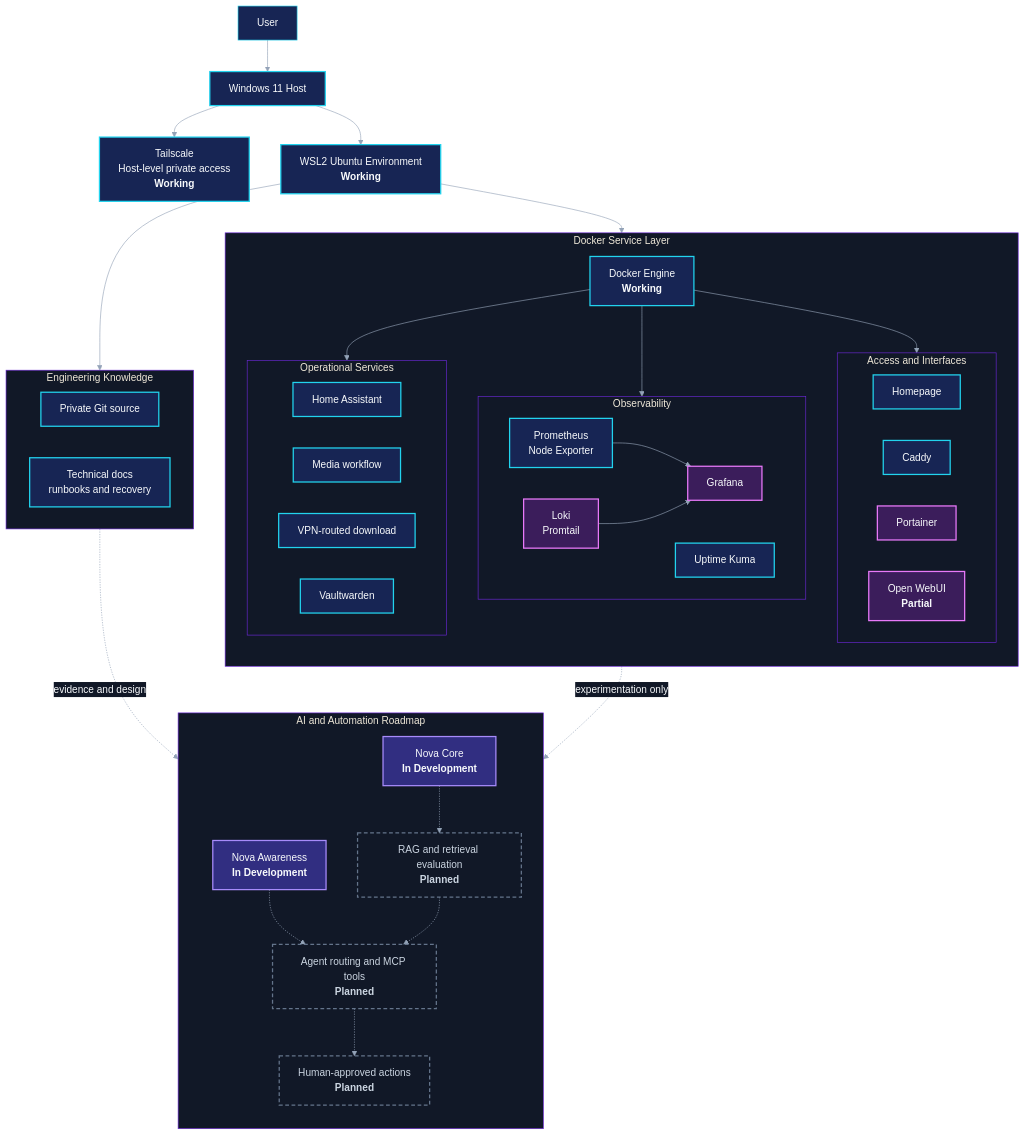
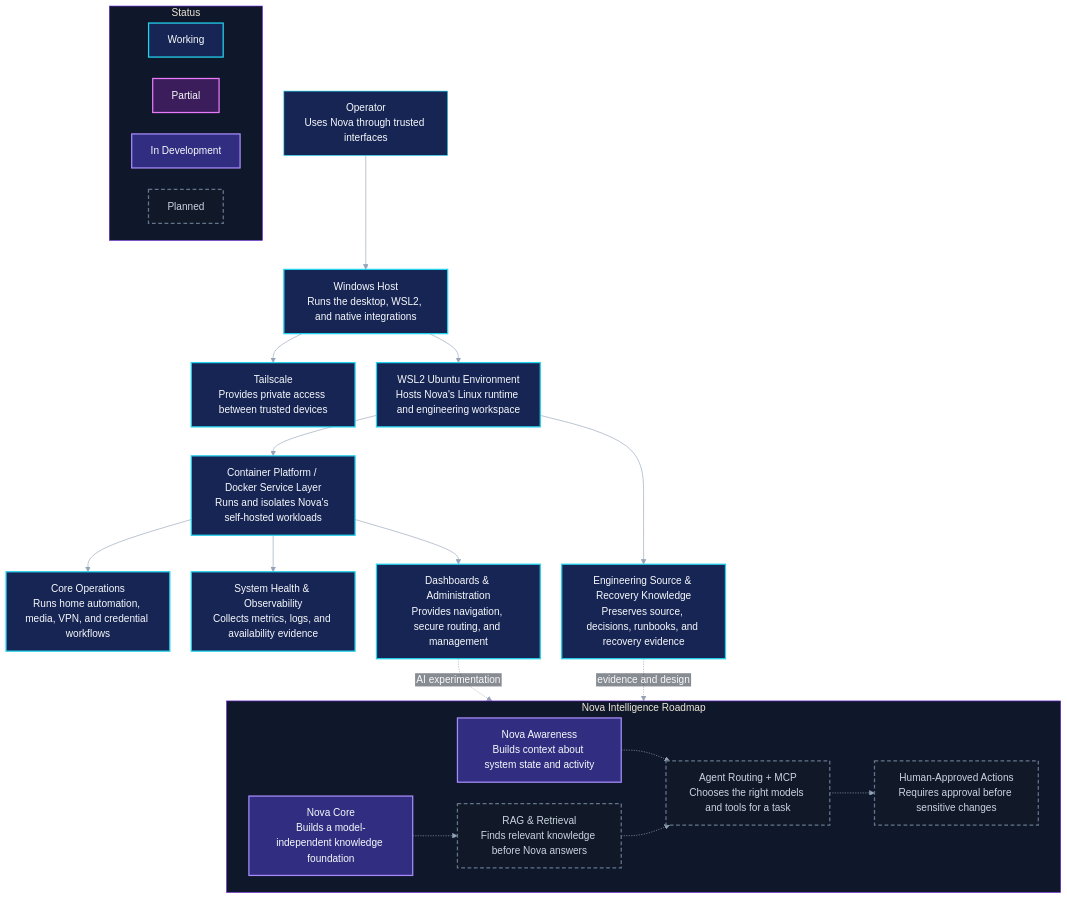
One commit to Ghostixs/nova-system-overview changed the diagram in diagrams/nova-public-architecture.mmd. Above: the diagram before and after it, drawn with Mermaid. The commit also changed 18 other files, not shown here.

Commit message:
docs: publish Nova Boot Recovery V1 case study and portfolio refresh

```diff
--- a/diagrams/nova-public-architecture.mmd
+++ b/diagrams/nova-public-architecture.mmd
@@ -1,75 +1,56 @@
-%%{init: {"theme":"base","themeVariables":{"background":"#070b19","primaryColor":"#172554","primaryTextColor":"#f8fafc","primaryBorderColor":"#22d3ee","lineColor":"#94a3b8","secondaryColor":"#2e1065","tertiaryColor":"#111827","clusterBkg":"#111827","clusterBorder":"#6d28d9","edgeLabelBackground":"#111827","fontFamily":"Segoe UI, Inter, Arial, sans-serif"}}}%%
+%%{init: {"theme":"base","flowchart":{"htmlLabels":false,"curve":"basis","nodeSpacing":34,"rankSpacing":46},"themeVariables":{"background":"#070b19","primaryColor":"#172554","primaryTextColor":"#f8fafc","primaryBorderColor":"#22d3ee","lineColor":"#94a3b8","secondaryColor":"#2e1065","tertiaryColor":"#111827","clusterBkg":"#0f172a","clusterBorder":"#6d28d9","edgeLabelBackground":"#111827","fontFamily":"Segoe UI, Inter, Arial, sans-serif","fontSize":"16px"}}}%%
 flowchart TB
-  User["User"] --> Host["Windows 11 Host"]
-  Host --> Tail["Tailscale<br/>Host-level private access<br/><b>Working</b>"]
-  Host --> WSL["WSL2 Ubuntu Environment<br/><b>Working</b>"]
+  User["Operator<br/>Uses Nova through trusted interfaces"]
+  Host["Windows Host<br/>Runs the desktop, WSL2, and native integrations"]
+  Tail["Tailscale<br/>Provides private access between trusted devices"]
+  WSL["WSL2 Ubuntu Environment<br/>Hosts Nova's Linux runtime and engineering workspace"]
+  Docker["Container Platform / Docker Service Layer<br/>Runs and isolates Nova's self-hosted workloads"]
 
-  subgraph Runtime["Docker Service Layer"]
-    direction TB
-    Docker["Docker Engine<br/><b>Working</b>"]
-
-    subgraph Access["Access and Interfaces"]
-      direction LR
-      Home["Homepage"]
-      Proxy["Caddy"]
-      Admin["Portainer"]
-      AIUI["Open WebUI<br/><b>Partial</b>"]
-    end
-
-    subgraph Observe["Observability"]
-      direction LR
-      Metrics["Prometheus<br/>Node Exporter"]
-      Visual["Grafana"]
-      Logs["Loki<br/>Promtail"]
-      Uptime["Uptime Kuma"]
-    end
-
-    subgraph Operations["Operational Services"]
-      direction LR
-      HA["Home Assistant"]
-      Media["Media workflow"]
-      VPN["VPN-routed download"]
-      Vault["Vaultwarden"]
-    end
-
-    Docker --> Access
-    Docker --> Observe
-    Docker --> Operations
-    Metrics --> Visual
-    Logs --> Visual
-  end
-
+  User --> Host
+  Host --> Tail
+  Host --> WSL
   WSL --> Docker
 
-  subgraph Knowledge["Engineering Knowledge"]
-    direction LR
-    Git["Private Git source"]
-    Docs["Technical docs<br/>runbooks and recovery"]
-  end
+  CoreOps["Core Operations<br/>Runs home automation, media, VPN, and credential workflows"]
+  Observe["System Health & Observability<br/>Collects metrics, logs, and availability evidence"]
+  Access["Dashboards & Administration<br/>Provides navigation, secure routing, and management"]
+  Knowledge["Engineering Source & Recovery Knowledge<br/>Preserves source, decisions, runbooks, and recovery evidence"]
 
+  Docker --> CoreOps
+  Docker --> Observe
+  Docker --> Access
   WSL --> Knowledge
 
-  subgraph Roadmap["AI and Automation Roadmap"]
-    direction TB
-    Core["Nova Core<br/><b>In Development</b>"]
-    Awareness["Nova Awareness<br/><b>In Development</b>"]
-    Retrieval["RAG and retrieval evaluation<br/><b>Planned</b>"]
-    Agents["Agent routing and MCP tools<br/><b>Planned</b>"]
-    Approval["Human-approved actions<br/><b>Planned</b>"]
+  subgraph Roadmap["Nova Intelligence Roadmap"]
+    direction LR
+    Core["Nova Core<br/>Builds a model-independent knowledge foundation"]
+    Awareness["Nova Awareness<br/>Builds context about system state and activity"]
+    Retrieval["RAG & Retrieval<br/>Finds relevant knowledge before Nova answers"]
+    Agents["Agent Routing + MCP<br/>Chooses the right models and tools for a task"]
+    Approval["Human-Approved Actions<br/>Requires approval before sensitive changes"]
     Core -.-> Retrieval
     Awareness -.-> Agents
     Retrieval -.-> Agents
     Agents -.-> Approval
   end
 
-  AIUI -. "experimentation only" .-> Roadmap
+  Access -. "AI experimentation" .-> Roadmap
   Knowledge -. "evidence and design" .-> Roadmap
+
+  subgraph Legend["Status"]
+    direction LR
+    LWork["Working"]
+    LPartial["Partial"]
+    LDev["In Development"]
+    LPlan["Planned"]
+  end
 
   classDef working fill:#172554,stroke:#22d3ee,color:#f8fafc,stroke-width:2px
   classDef partial fill:#3b1d5b,stroke:#e879f9,color:#f8fafc,stroke-width:2px
   classDef development fill:#312e81,stroke:#a78bfa,color:#f8fafc,stroke-width:2px
   classDef planned fill:#111827,stroke:#64748b,color:#cbd5e1,stroke-width:2px,stroke-dasharray:6 4
-  class Host,Tail,WSL,Docker,Home,Proxy,Metrics,Uptime,HA,Media,VPN,Vault,Git,Docs working
-  class Admin,AIUI,Visual,Logs partial
-  class Core,Awareness development
-  class Retrieval,Agents,Approval planned
+
+  class Host,Tail,WSL,Docker,CoreOps,Observe,Access,Knowledge,LWork working
+  class LPartial partial
+  class Core,Awareness,LDev development
+  class Retrieval,Agents,Approval,LPlan planned
```
